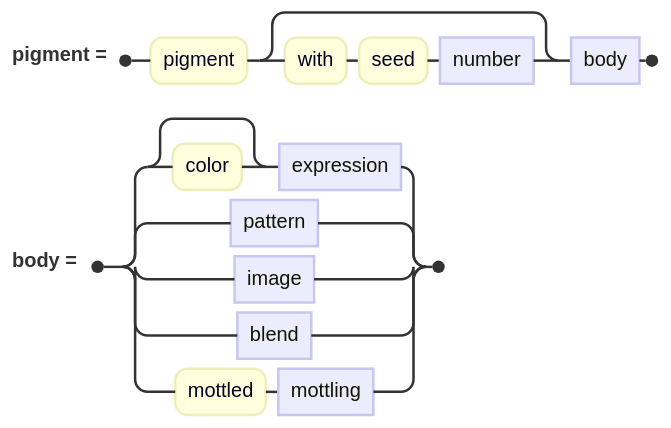
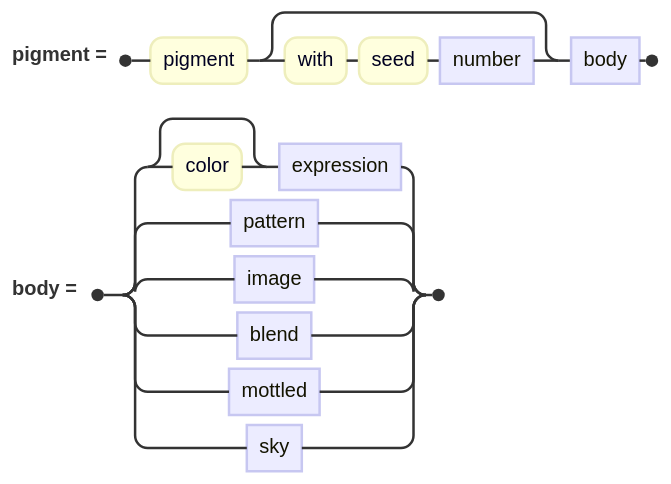
Before and after one commit to jskress/RayTracer: the diagram in docs/diagrams/pigments/pigmentClause.mmd, drawn with Mermaid. The commit also changed 62 other files, not shown here.

First line of the commit message:
A syntax diagram for every block

```diff
--- a/docs/diagrams/pigments/pigmentClause.mmd
+++ b/docs/diagrams/pigments/pigmentClause.mmd
@@ -1,6 +1,6 @@
 railroad-ebnf-beta
 title "A pigment"
 
 pigment = "pigment" [ "with" "seed" number ] body ;
 
-body = [ "color" ] expression | pattern | image | blend | "mottled" mottling ;
+body = [ "color" ] expression | pattern | image | blend | mottled | sky ;
```
